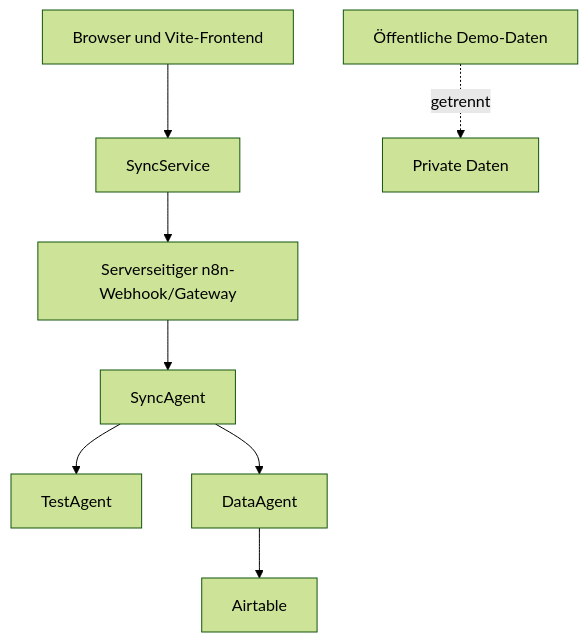
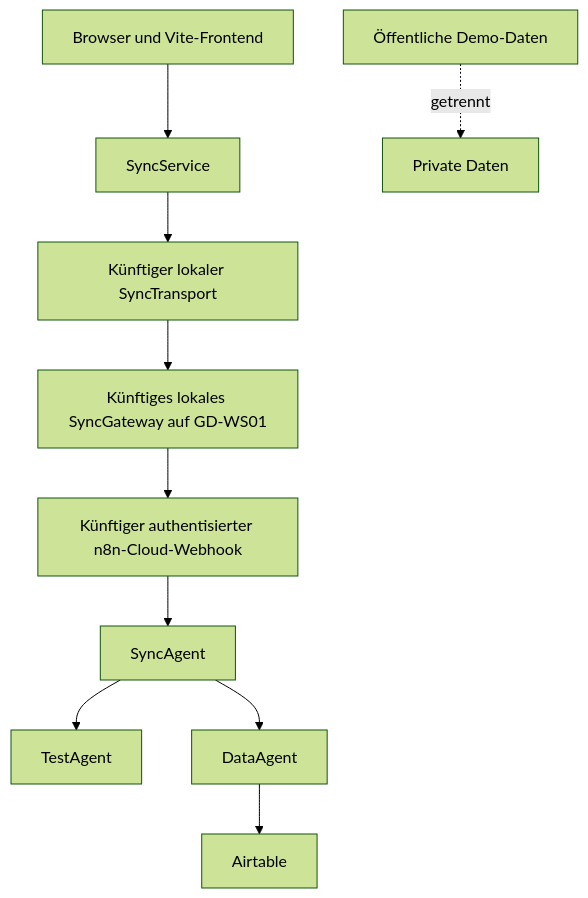
Before and after one commit to Varudan/goldendawn-os: the diagram in docs/security.md, drawn with Mermaid (forest theme). The commit also changed other lines of this file and 8 other files, not shown here.

Commit message:
docs: decide local sync gateway before n8n cloud (#48)

````diff
--- a/docs/security.md
+++ b/docs/security.md
@@ -61,11 +61,13 @@
 ```mermaid
 flowchart TD
     Browser["Browser und Vite-Frontend"] --> Service["SyncService"]
-    Service --> Webhook["Serverseitiger n8n-Webhook/Gateway"]
+    Service --> Transport["Künftiger lokaler SyncTransport"]
+    Transport --> Gateway["Künftiges lokales SyncGateway auf GD-WS01"]
+    Gateway --> Webhook["Künftiger authentisierter n8n-Cloud-Webhook"]
     Webhook --> Sync["SyncAgent"]
     Sync --> Test["TestAgent"]
     Sync --> Data["DataAgent"]
     Data --> Airtable["Airtable"]
 
     Public["Öffentliche Demo-Daten"] -. getrennt .-> Private["Private Daten"]
 ```
````
